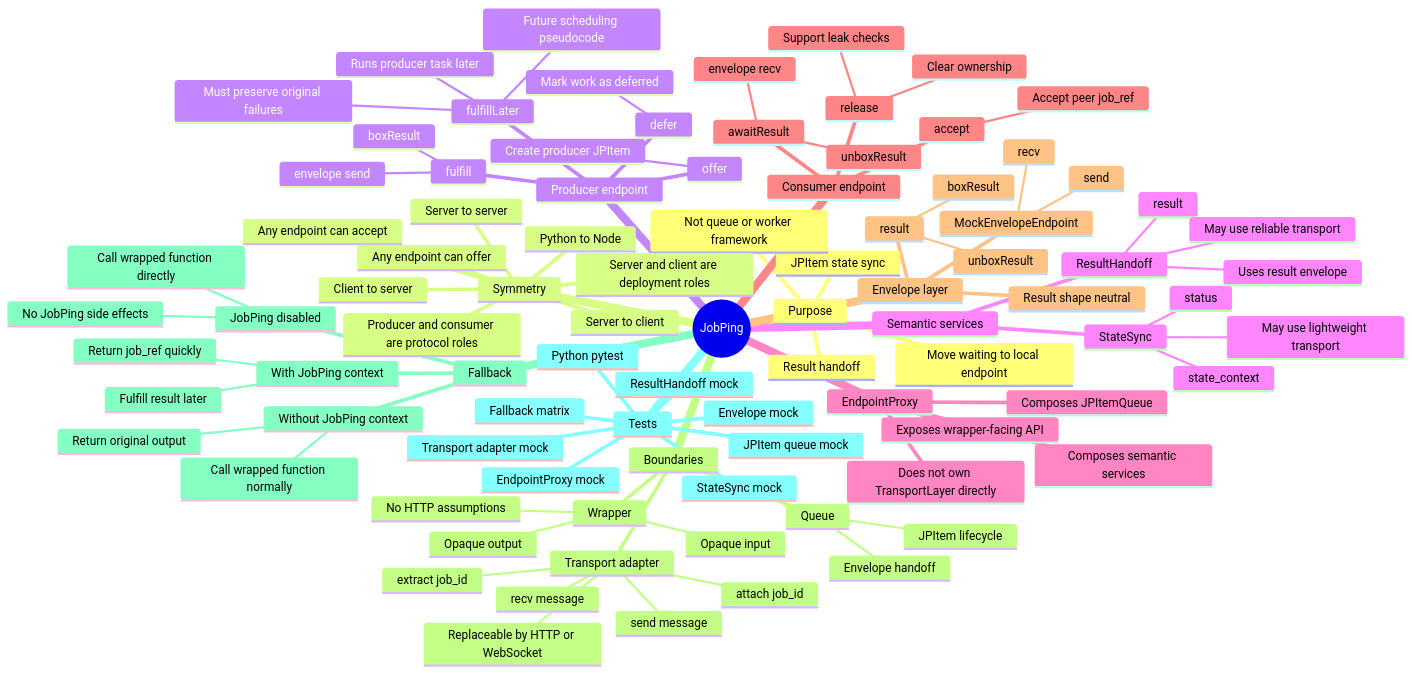
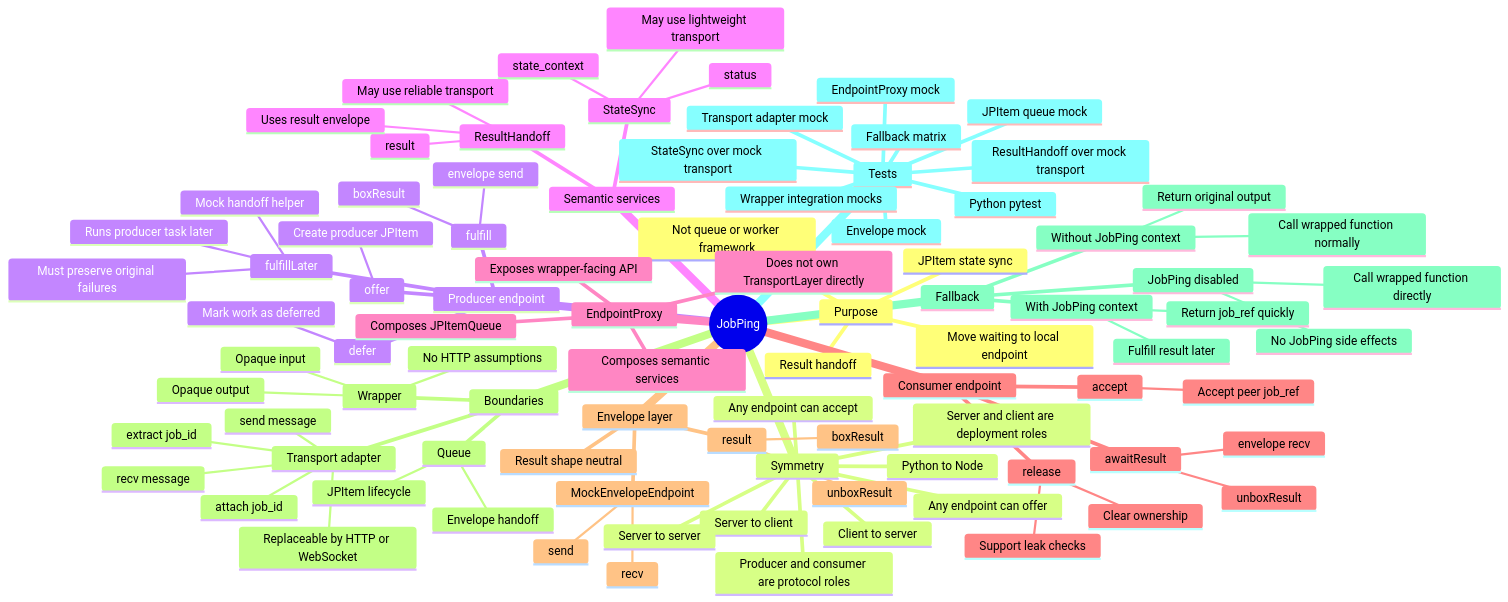
One commit to whitebob/JobPing changed the diagram in README.md. Above: the diagram before and after it, drawn with Mermaid. The commit also changed other lines of this file and 21 other files, not shown here.

````diff
--- a/README.md
+++ b/README.md
@@ -169,7 +173,7 @@
       defer
         Mark work as deferred
       fulfillLater
-        Future scheduling pseudocode
+        Mock handoff helper
         Runs producer task later
         Must preserve original failures
       fulfill
@@ -234,9 +238,10 @@
       Envelope mock
       JPItem queue mock
       Transport adapter mock
-      StateSync mock
-      ResultHandoff mock
+      StateSync over mock transport
+      ResultHandoff over mock transport
       EndpointProxy mock
+      Wrapper integration mocks
       Fallback matrix
       Python pytest
 ```
````
